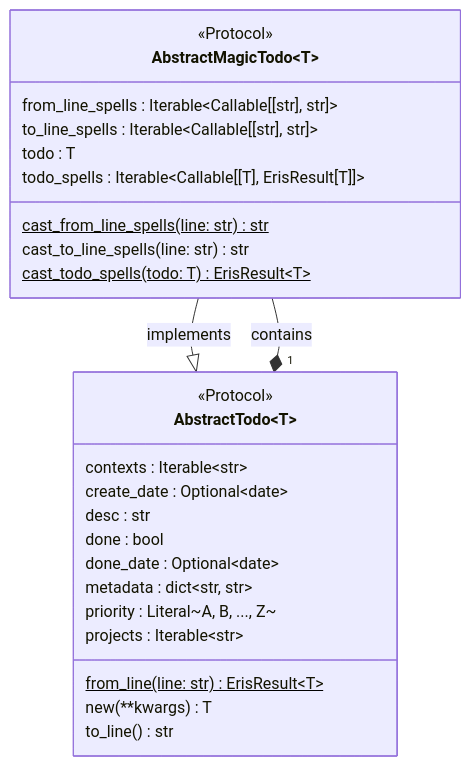
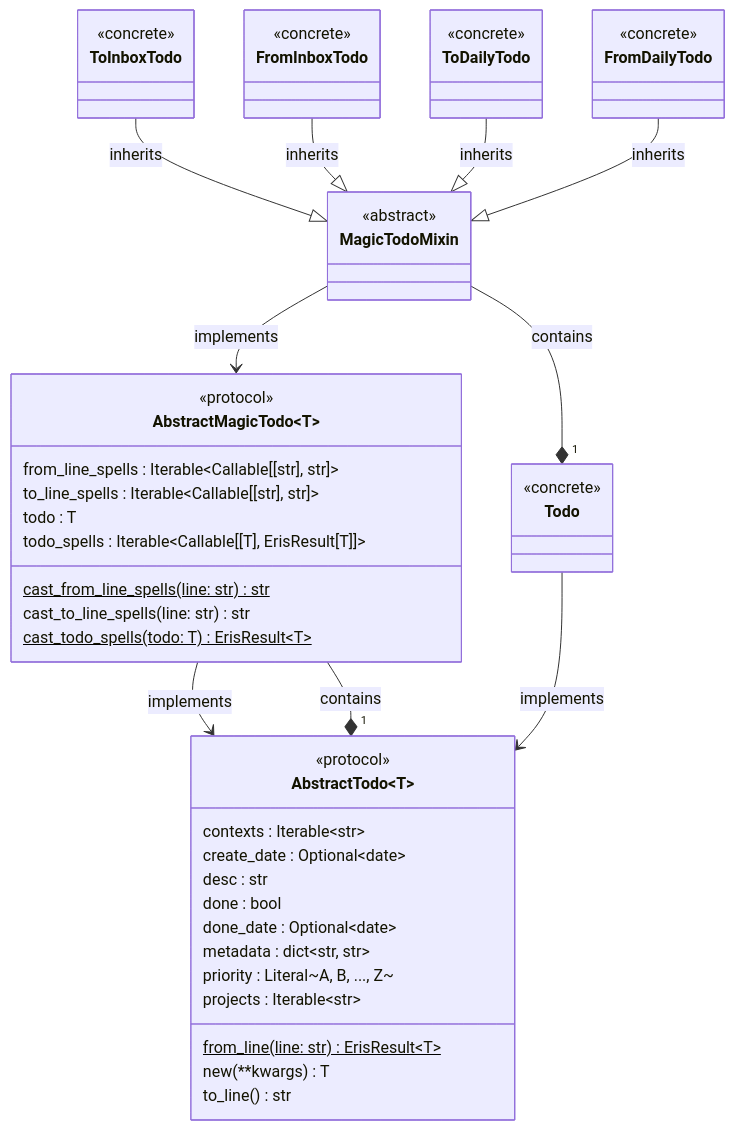
One commit to bbugyi200/greatday changed the second of 2 diagrams in docs/design/design.template.md. Above: the diagram before and after it, drawn with Mermaid. The commit also changed other lines of this file and 4 other files, not shown here.

Commit message:
Add concrete classes to class diagram

````diff
--- a/docs/design/design.template.md
+++ b/docs/design/design.template.md
@@ -64,35 +67,66 @@
 ```mermaid
 classDiagram
     class AbstractTodo~T~ {
-        <<Protocol>>
+        <<protocol>>
 
         contexts : Iterable~str~
         create_date : Optional~date~
         desc : str
         done : bool
         done_date : Optional~date~
         metadata : dict~str, str~
         priority : Literal~A, B, ..., Z~
         projects : Iterable~str~
 
         from_line(line: str)$ ErisResult~T~
         new(**kwargs) T
         to_line() str
     }
 
+    class Todo {
+        <<concrete>>
+    }
+
     class AbstractMagicTodo~T~ {
-        <<Protocol>>
+        <<protocol>>
 
         from_line_spells : Iterable~Callable[[str], str]~
         to_line_spells : Iterable~Callable[[str], str]~
         todo : T
         todo_spells : Iterable~Callable[[T], ErisResult[T]]~
 
         cast_from_line_spells(line: str)$ str
         cast_to_line_spells(line: str) str
         cast_todo_spells(todo: T)$ ErisResult~T~
     }
 
-    AbstractMagicTodo --|> AbstractTodo: implements
+    class MagicTodoMixin {
+        <<abstract>>
+    }
+
+    class ToInboxTodo {
+        <<concrete>>
+    }
+
+    class FromInboxTodo {
+        <<concrete>>
+    }
+
+    class ToDailyTodo {
+        <<concrete>>
+    }
+
+    class FromDailyTodo {
+        <<concrete>>
+    }
+
+    AbstractMagicTodo --> AbstractTodo: implements
     AbstractMagicTodo --* "1" AbstractTodo: contains
+    Todo --> AbstractTodo: implements
+    MagicTodoMixin --> AbstractMagicTodo: implements
+    MagicTodoMixin --* "1" Todo: contains
+    ToInboxTodo --|> MagicTodoMixin: inherits
+    FromInboxTodo --|> MagicTodoMixin: inherits
+    ToDailyTodo --|> MagicTodoMixin: inherits
+    FromDailyTodo --|> MagicTodoMixin: inherits
 ```
````
